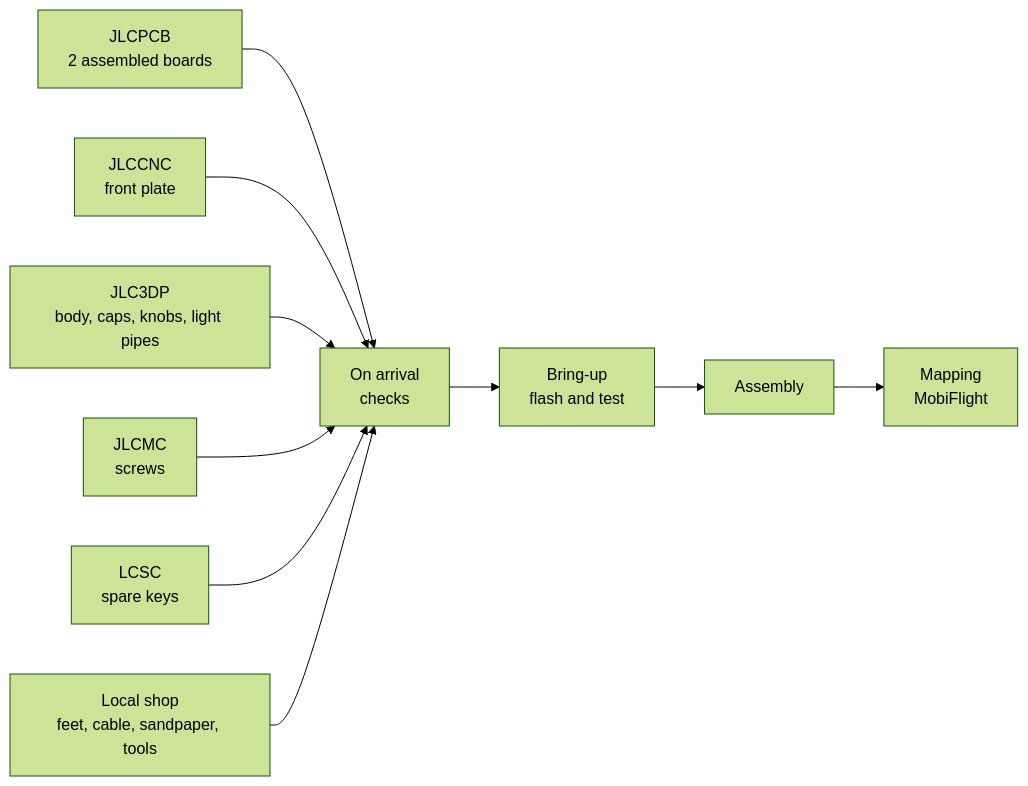
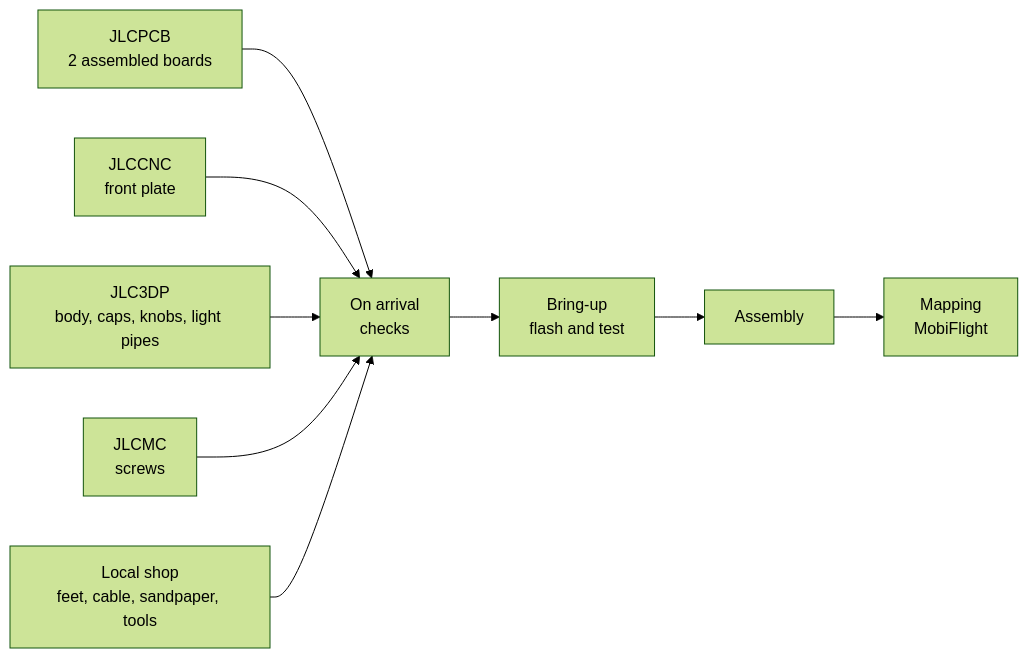
One commit to saschagrunert/avionics-panel changed the diagram in docs/building/README.md. Above: the diagram before and after it, drawn with Mermaid (forest theme). The commit also changed other lines of this file and 66 other files, not shown here.

````diff
--- a/docs/building/README.md
+++ b/docs/building/README.md
@@ -6,14 +5,13 @@
 ```mermaid
 flowchart LR
   jlcpcb["JLCPCB<br>2 assembled boards"]
   jlccnc["JLCCNC<br>front plate"]
   jlc3dp["JLC3DP<br>body, caps, knobs, light pipes"]
   jlcmc["JLCMC<br>screws"]
-  lcsc["LCSC<br>spare keys"]
   local["Local shop<br>feet, cable, sandpaper, tools"]
   arrival["On arrival<br>checks"]
   bringup["Bring-up<br>flash and test"]
   assembly["Assembly"]
   mapping["Mapping<br>MobiFlight"]
-  jlcpcb & jlccnc & jlc3dp & jlcmc & lcsc & local --> arrival --> bringup --> assembly --> mapping
+  jlcpcb & jlccnc & jlc3dp & jlcmc & local --> arrival --> bringup --> assembly --> mapping
 ```
````
